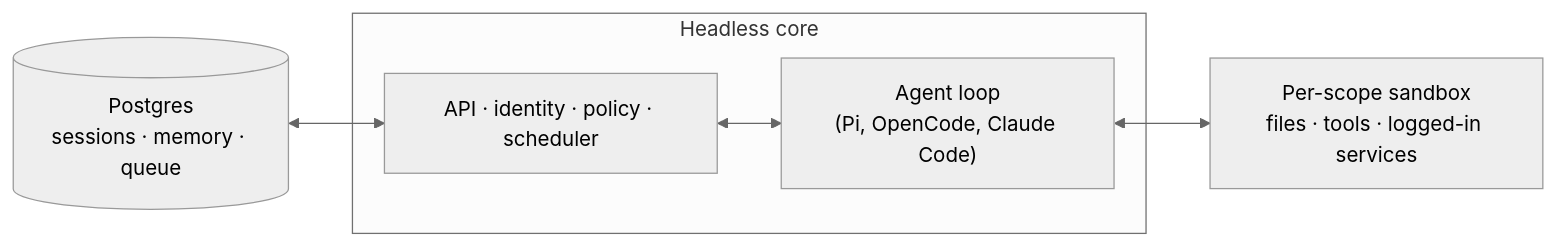
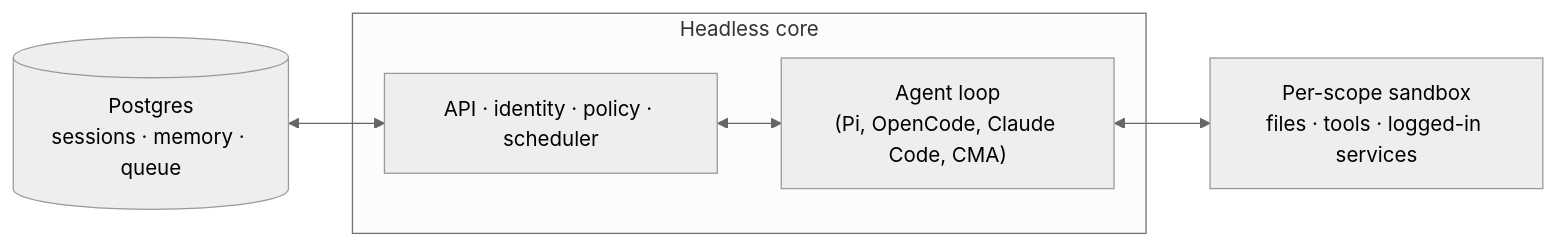
One commit to yc-software/qm changed the diagram in README.md. Above: the diagram before and after it, drawn with Mermaid (neutral theme). The commit also changed other lines of this file and 36 other files, not shown here.

````diff
--- a/README.md
+++ b/README.md
@@ -46,15 +59,15 @@
 ```mermaid
 flowchart LR
   DB[("Postgres<br/>sessions · memory · queue")]
 
   subgraph CORE["Headless core"]
     API["API · identity · policy · scheduler"]
-    LOOP["Agent loop<br/>(Pi, OpenCode, Claude Code)"]
+    LOOP["Agent loop<br/>(Pi, OpenCode, Claude Code, CMA)"]
     API <--> LOOP
   end
 
   SBX["Per-scope sandbox<br/>files · tools · logged-in services"]
 
   DB <--> API
   LOOP <--> SBX
 ```
````
